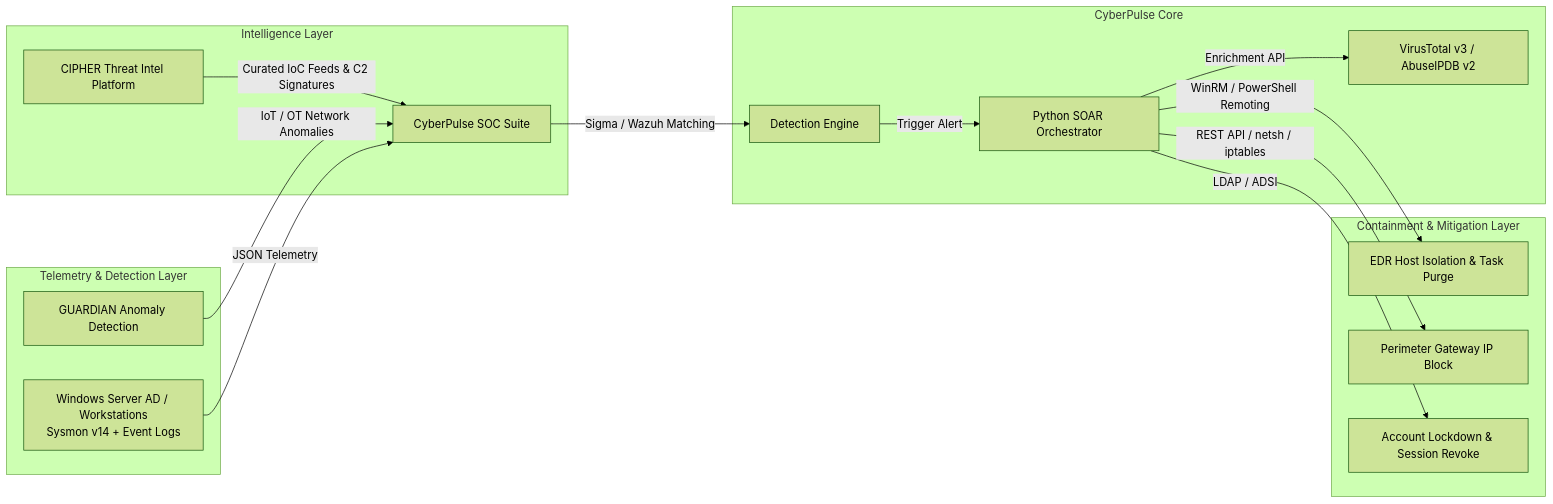
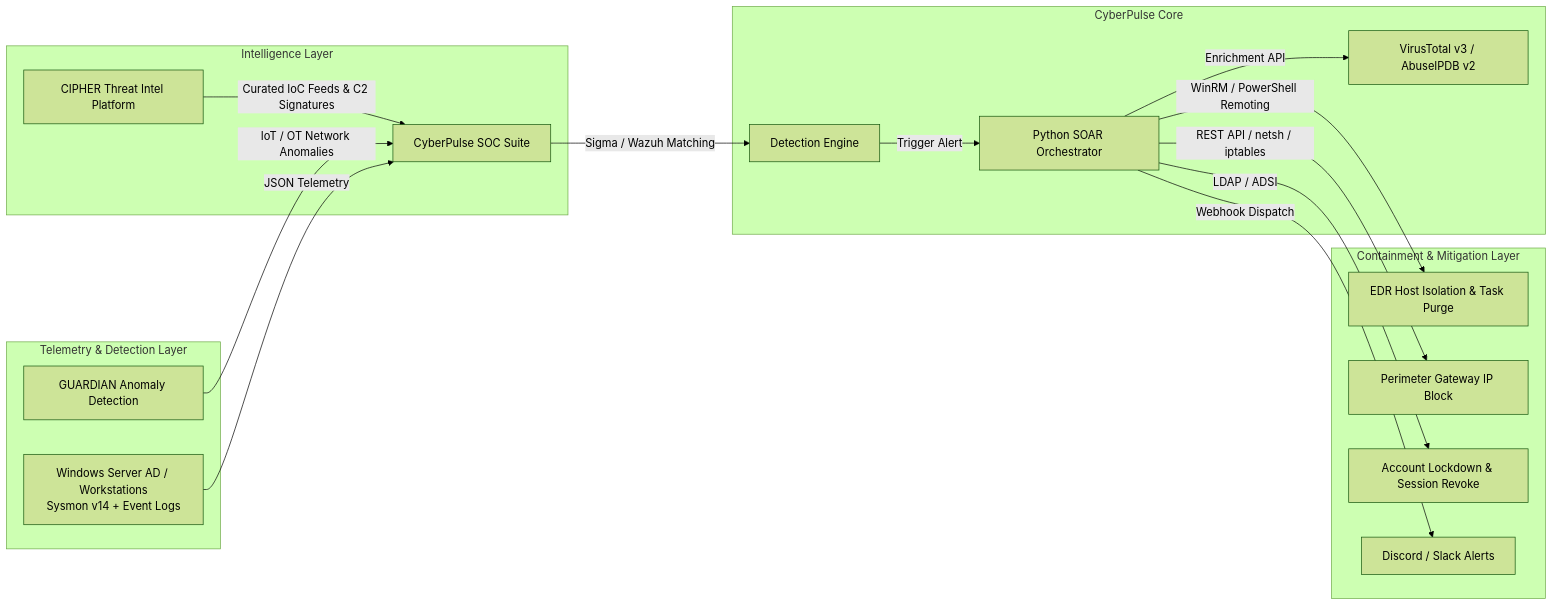
One commit to lumidren/CyberPulse-SOC-Suite changed the diagram in README.md. Above: the diagram before and after it, drawn with Mermaid (forest theme). The commit also changed other lines of this file and 18 other files, not shown here.

Commit message:
feat(major): add GitHub Actions CI/CD pipeline, live GeoIP threat map, Discord/Slack webhooks, T1562/T1486 rules, and start_lab CLI

````diff
--- a/README.md
+++ b/README.md
@@ -17,23 +18,24 @@
 ```mermaid
 flowchart LR
     subgraph Intelligence Layer
         C[CIPHER Threat Intel Platform] -->|Curated IoC Feeds & C2 Signatures| CP[CyberPulse SOC Suite]
     end
 
     subgraph Telemetry & Detection Layer
         G[GUARDIAN Anomaly Detection] -->|IoT / OT Network Anomalies| CP
         EP[Windows Server AD / Workstations<br/>Sysmon v14 + Event Logs] -->|JSON Telemetry| CP
     end
 
     subgraph CyberPulse Core
         CP -->|Sigma / Wazuh Matching| DE[Detection Engine]
         DE -->|Trigger Alert| SOAR[Python SOAR Orchestrator]
         SOAR -->|Enrichment API| TI[VirusTotal v3 / AbuseIPDB v2]
     end
 
     subgraph Containment & Mitigation Layer
         SOAR -->|WinRM / PowerShell Remoting| ISO[EDR Host Isolation & Task Purge]
         SOAR -->|REST API / netsh / iptables| FW[Perimeter Gateway IP Block]
         SOAR -->|LDAP / ADSI| USR[Account Lockdown & Session Revoke]
+        SOAR -->|Webhook Dispatch| NOTIF[Discord / Slack Alerts]
     end
 ```
````
